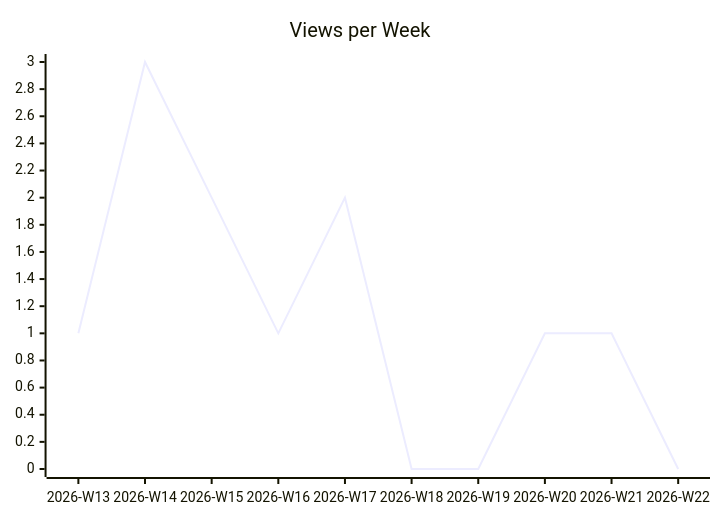
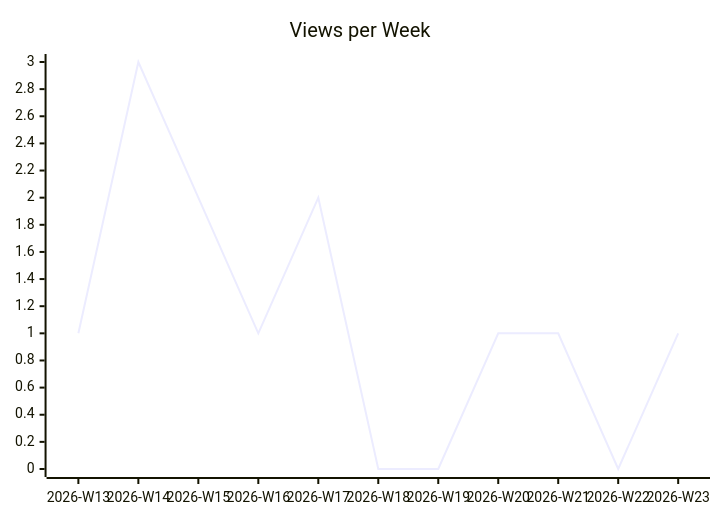
One commit to justdavis-family/github-analytics-data changed the second of 3 diagrams in karlmdavis/fhir-benchmarks/README.md. Above: the diagram before and after it, drawn with Mermaid. The commit also changed other lines of this file and 186 other files, not shown here.

````diff
--- a/karlmdavis/fhir-benchmarks/README.md
+++ b/karlmdavis/fhir-benchmarks/README.md
@@ -12,6 +12,6 @@
 ```mermaid
 xychart-beta
   title "Views per Week"
-  x-axis ["2026-W13", "2026-W14", "2026-W15", "2026-W16", "2026-W17", "2026-W18", "2026-W19", "2026-W20", "2026-W21", "2026-W22"]
-  line [1, 3, 2, 1, 2, 0, 0, 1, 1, 0]
+  x-axis ["2026-W13", "2026-W14", "2026-W15", "2026-W16", "2026-W17", "2026-W18", "2026-W19", "2026-W20", "2026-W21", "2026-W22", "2026-W23"]
+  line [1, 3, 2, 1, 2, 0, 0, 1, 1, 0, 1]
 ```
````
